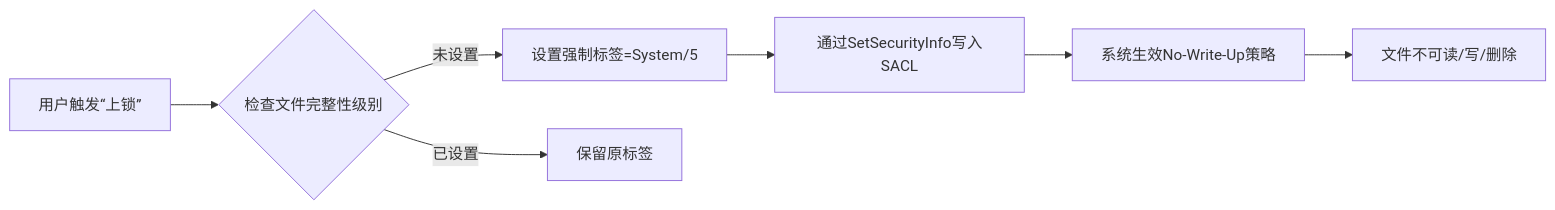
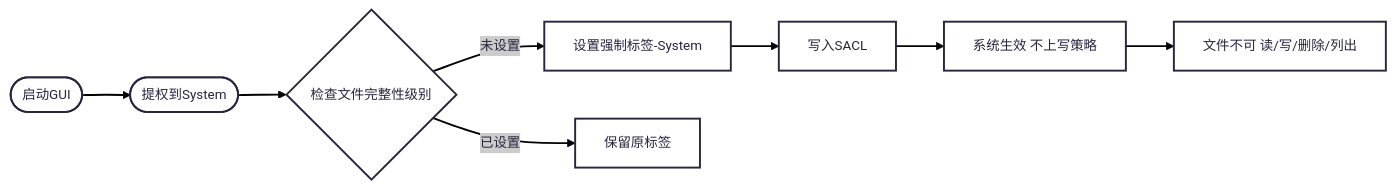
Before and after one commit to zelas2xerath/rs-Amberlock: the diagram in docs/Products.md, drawn with Mermaid. The commit also changed other lines of this file and 20 other files, not shown here.

````diff
--- a/docs/Products.md
+++ b/docs/Products.md
@@ -107,9 +103,16 @@
 ```mermaid
-graph LR
-A[用户触发“上锁”] --> B{检查文件完整性级别}
-B -->|未设置| C[设置强制标签=System/5]
-B -->|已设置| D[保留原标签]
-C --> E[通过SetSecurityInfo写入SACL]
-E --> F[系统生效No-Write-Up策略]
-F --> G[文件不可读/写/删除]
+---
+config:
+  theme: redux
+---
+flowchart LR
+    A(["启动GUI"]) --> B(["提权到System"])
+    B --> C["检查文件完整性级别"]
+    C -- 未设置 --> n1["设置强制标签-System"]
+    C -- 已设置 --> n2["保留原标签"]
+    n1 --> n3["写入SACL"]
+    n3 --> n4["系统生效 不上写策略"]
+    n4 --> n5["文件不可 读/写/删除/列出"]
+
+    C@{ shape: diam}
 ```
````
